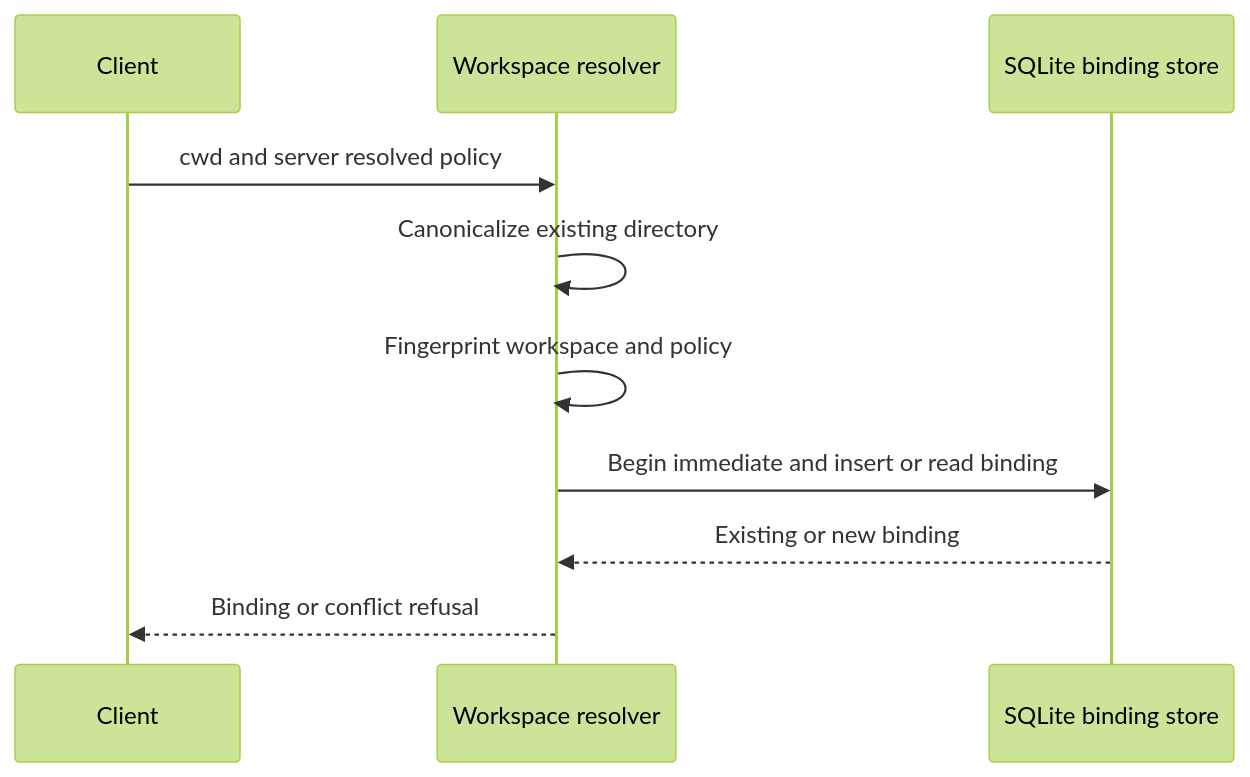
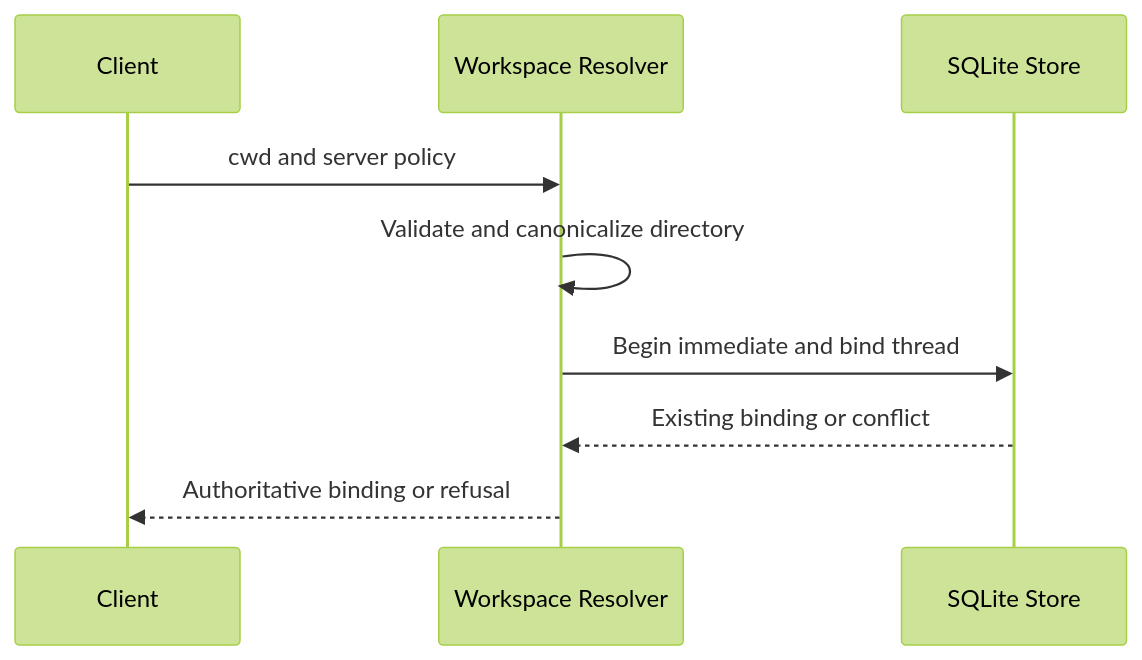
One commit to langchain-ai/deepagents changed the second of 2 diagrams in openwiki/operations/security.md. Above: the diagram before and after it, drawn with Mermaid (forest theme). The commit also changed other lines of this file and 39 other files, not shown here.

````diff
--- a/openwiki/operations/security.md
+++ b/openwiki/operations/security.md
@@ -90,12 +75,11 @@
 ```mermaid
 sequenceDiagram
     participant Client
-    participant Resolver as Workspace resolver
-    participant Store as SQLite binding store
-    Client->>Resolver: cwd and server resolved policy
-    Resolver->>Resolver: Canonicalize existing directory
-    Resolver->>Resolver: Fingerprint workspace and policy
-    Resolver->>Store: Begin immediate and insert or read binding
-    Store-->>Resolver: Existing or new binding
-    Resolver-->>Client: Binding or conflict refusal
+    participant Resolver as Workspace Resolver
+    participant Store as SQLite Store
+    Client->>Resolver: cwd and server policy
+    Resolver->>Resolver: Validate and canonicalize directory
+    Resolver->>Store: Begin immediate and bind thread
+    Store-->>Resolver: Existing binding or conflict
+    Resolver-->>Client: Authoritative binding or refusal
 ```
````
